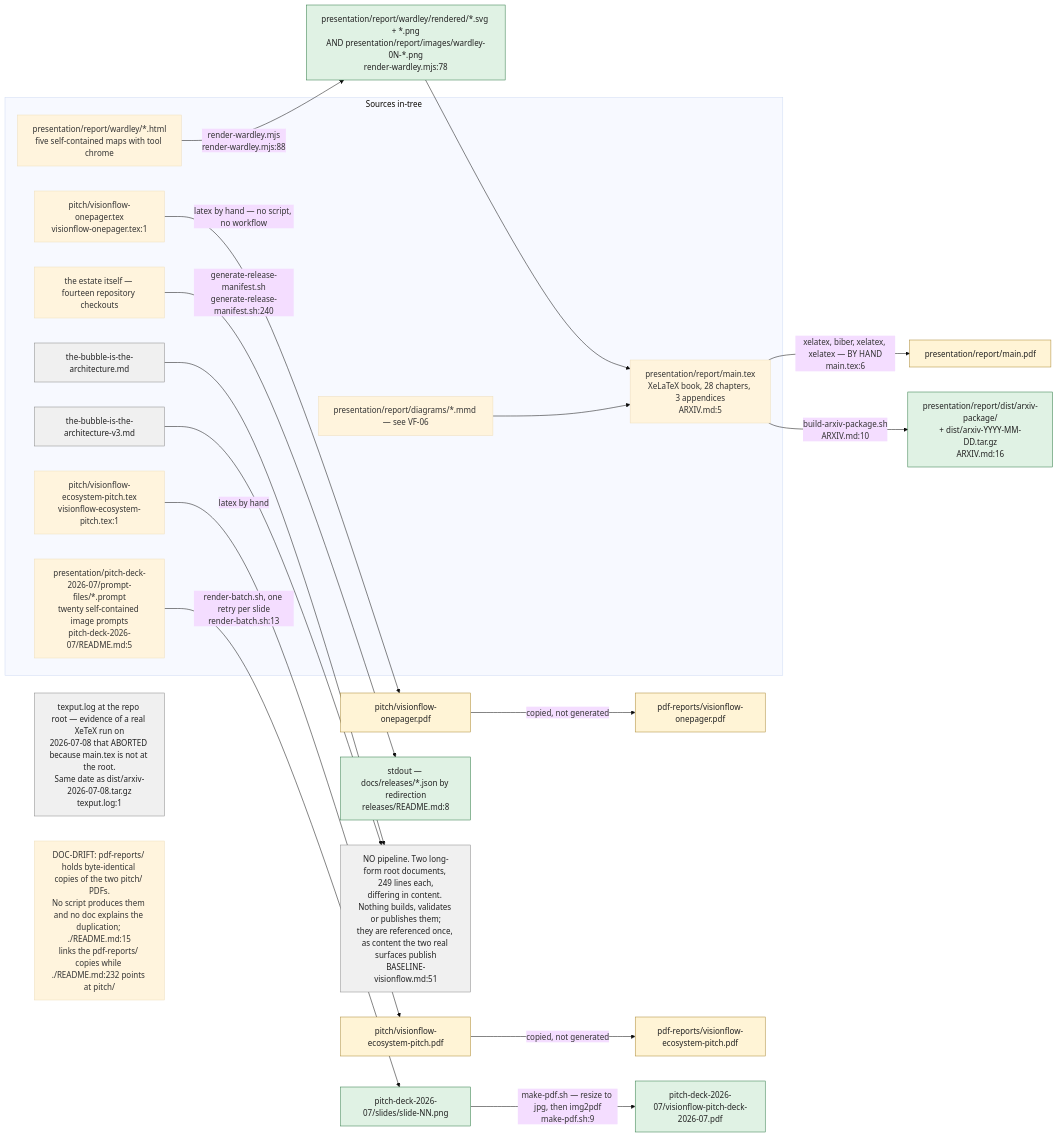
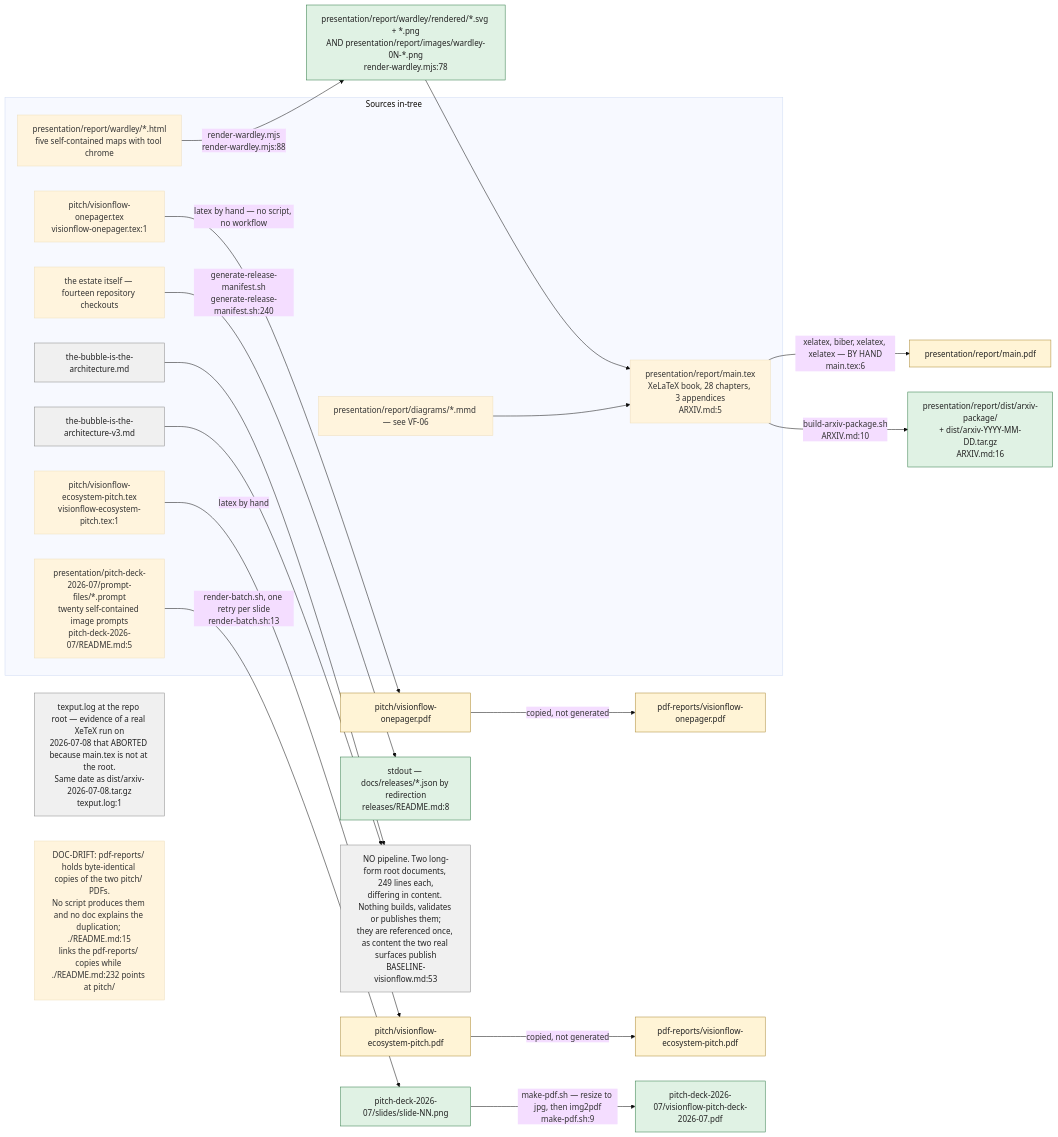
One commit to DreamLab-AI/VisionFlow changed the first of 11 diagrams in docs/diagrams/visionflow/07-pitch-presentation-reports.md. Above: the diagram before and after it, drawn with Mermaid (base theme). The commit also changed other lines of this file and 7 other files, not shown here.

````diff
--- a/docs/diagrams/visionflow/07-pitch-presentation-reports.md
+++ b/docs/diagrams/visionflow/07-pitch-presentation-reports.md
@@ -38,41 +38,41 @@
 ```mermaid
 flowchart LR
     classDef auto fill:#e0f2e4,stroke:#2f7a45,color:#222
     classDef manual fill:#fff4d6,stroke:#aa8833,color:#222
     classDef content fill:#f0f0f0,stroke:#888,color:#222
 
     subgraph SRC["Sources in-tree"]
         R1["presentation/report/main.tex<br/>XeLaTeX book, 28 chapters, 3 appendices<br/>ARXIV.md:5"]
         R2["presentation/report/wardley/*.html<br/>five self-contained maps with tool chrome"]
         R3["presentation/report/diagrams/*.mmd — see VF-06"]
         P1["pitch/visionflow-onepager.tex<br/>visionflow-onepager.tex:1"]
         P2["pitch/visionflow-ecosystem-pitch.tex<br/>visionflow-ecosystem-pitch.tex:1"]
         D1["presentation/pitch-deck-2026-07/prompt-files/*.prompt<br/>twenty self-contained image prompts<br/>pitch-deck-2026-07/README.md:5"]
         B1["the-bubble-is-the-architecture.md"]:::content
         B2["the-bubble-is-the-architecture-v3.md"]:::content
         RM["the estate itself — fourteen repository checkouts"]
     end
 
     R2 -->|"render-wardley.mjs<br/>render-wardley.mjs:88"| O2["presentation/report/wardley/rendered/*.svg + *.png<br/>AND presentation/report/images/wardley-0N-*.png<br/>render-wardley.mjs:78"]:::auto
     O2 --> R1
     R3 --> R1
     R1 -->|"xelatex, biber, xelatex, xelatex — BY HAND<br/>main.tex:6"| O1["presentation/report/main.pdf"]:::manual
     R1 -->|"build-arxiv-package.sh<br/>ARXIV.md:10"| O3["presentation/report/dist/arxiv-package/<br/>+ dist/arxiv-YYYY-MM-DD.tar.gz<br/>ARXIV.md:16"]:::auto
 
     P1 -->|"latex by hand — no script, no workflow"| O4["pitch/visionflow-onepager.pdf"]:::manual
     P2 -->|"latex by hand"| O5["pitch/visionflow-ecosystem-pitch.pdf"]:::manual
     O4 -->|"copied, not generated"| O6["pdf-reports/visionflow-onepager.pdf"]:::manual
     O5 -->|"copied, not generated"| O7["pdf-reports/visionflow-ecosystem-pitch.pdf"]:::manual
 
     D1 -->|"render-batch.sh, one retry per slide<br/>render-batch.sh:13"| O8["pitch-deck-2026-07/slides/slide-NN.png"]:::auto
     O8 -->|"make-pdf.sh — resize to jpg, then img2pdf<br/>make-pdf.sh:9"| O9["pitch-deck-2026-07/visionflow-pitch-deck-2026-07.pdf"]:::auto
 
     RM -->|"generate-release-manifest.sh<br/>generate-release-manifest.sh:240"| O10["stdout — docs/releases/*.json by redirection<br/>releases/README.md:8"]:::auto
 
-    B1 --> NOP["NO pipeline. Two long-form root documents, 249 lines each,<br/>differing in content. Nothing builds, validates or publishes them;<br/>they are referenced once, as content the two real surfaces publish<br/>BASELINE-visionflow.md:51"]:::content
+    B1 --> NOP["NO pipeline. Two long-form root documents, 249 lines each,<br/>differing in content. Nothing builds, validates or publishes them;<br/>they are referenced once, as content the two real surfaces publish<br/>BASELINE-visionflow.md:53"]:::content
     B2 --> NOP
 
     ORPH["texput.log at the repo root — evidence of a real XeTeX run on<br/>2026-07-08 that ABORTED because main.tex is not at the root.<br/>Same date as dist/arxiv-2026-07-08.tar.gz<br/>texput.log:1"]:::content
 
     NOTE["DOC-DRIFT: pdf-reports/ holds byte-identical copies of the two pitch/ PDFs.<br/>No script produces them and no doc explains the duplication; ./README.md:15<br/>links the pdf-reports/ copies while ./README.md:232 points at pitch/"]
 ```
````
